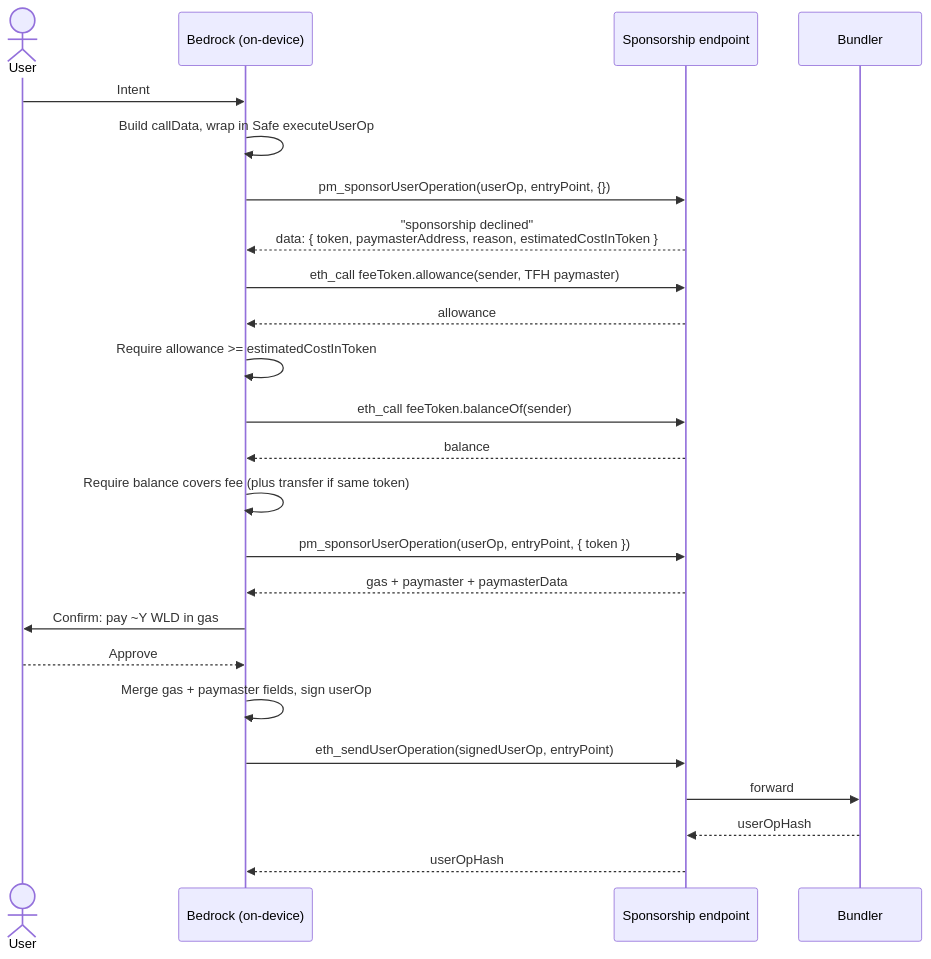
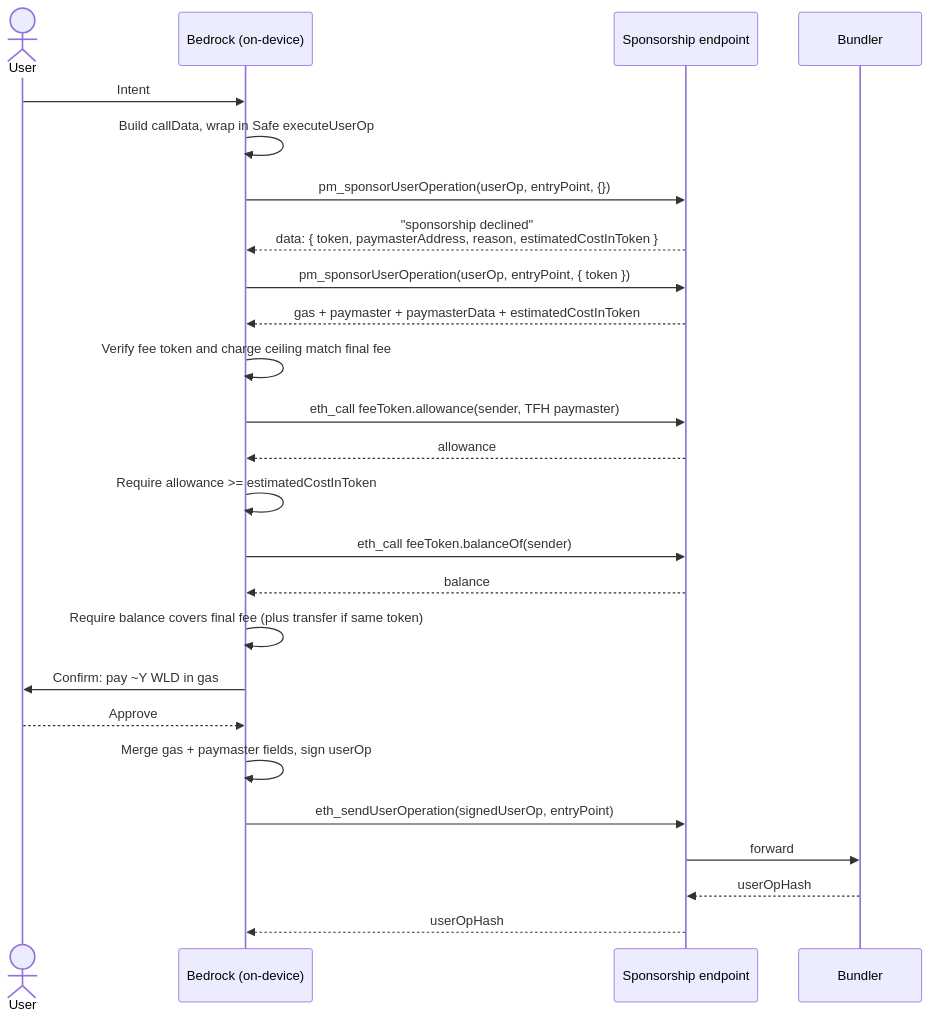
The second of 2 diagrams in bedrock/src/transactions/transaction.md (worldcoin/bedrock), drawn with Mermaid before and after one commit. The commit also changed other lines of this file and 5 other files, not shown here.

Commit message:
fix(transactions): bind confirmation to final token fee

````diff
--- a/bedrock/src/transactions/transaction.md
+++ b/bedrock/src/transactions/transaction.md
@@ -104,31 +104,32 @@
 ```mermaid
 sequenceDiagram
     actor User
     participant Bedrock as Bedrock (on-device)
     participant Endpoint as Sponsorship endpoint
     participant Bundler
 
     User->>Bedrock: Intent
     Bedrock->>Bedrock: Build callData, wrap in Safe executeUserOp
 
     Bedrock->>Endpoint: pm_sponsorUserOperation(userOp, entryPoint, {})
     Endpoint-->>Bedrock: "sponsorship declined"<br/>data: { token, paymasterAddress, reason, estimatedCostInToken }
 
+    Bedrock->>Endpoint: pm_sponsorUserOperation(userOp, entryPoint, { token })
+    Endpoint-->>Bedrock: gas + paymaster + paymasterData + estimatedCostInToken
+    Bedrock->>Bedrock: Verify fee token and charge ceiling match final fee
     Bedrock->>Endpoint: eth_call feeToken.allowance(sender, TFH paymaster)
     Endpoint-->>Bedrock: allowance
     Bedrock->>Bedrock: Require allowance >= estimatedCostInToken
     Bedrock->>Endpoint: eth_call feeToken.balanceOf(sender)
     Endpoint-->>Bedrock: balance
-    Bedrock->>Bedrock: Require balance covers fee (plus transfer if same token)
-    Bedrock->>Endpoint: pm_sponsorUserOperation(userOp, entryPoint, { token })
-    Endpoint-->>Bedrock: gas + paymaster + paymasterData
+    Bedrock->>Bedrock: Require balance covers final fee (plus transfer if same token)
 
     Bedrock->>User: Confirm: pay ~Y WLD in gas
     User-->>Bedrock: Approve
     Bedrock->>Bedrock: Merge gas + paymaster fields, sign userOp
 
     Bedrock->>Endpoint: eth_sendUserOperation(signedUserOp, entryPoint)
     Endpoint->>Bundler: forward
     Bundler-->>Endpoint: userOpHash
     Endpoint-->>Bedrock: userOpHash
 ```
````
